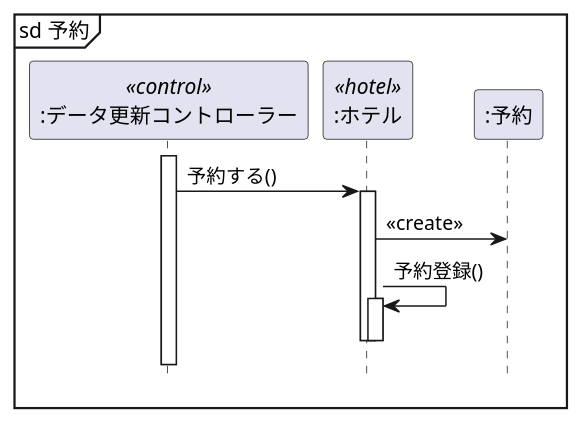
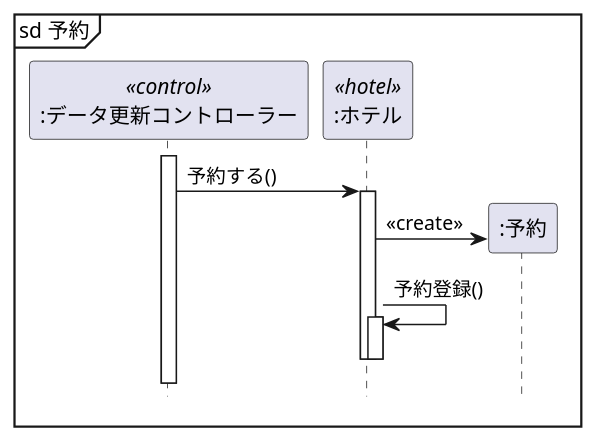
One commit to useruser0123/uml-introduction changed the diagram in 演習4-3_SD_データ更新コントローラとホテルと予約.pu. Above: the diagram before and after it, drawn with PlantUML.

Commit message:
演習４－３

```diff
--- a/演習4-3_SD_データ更新コントローラとホテルと予約.pu
+++ b/演習4-3_SD_データ更新コントローラとホテルと予約.pu
@@ -1,18 +1,18 @@
 @startuml
 hide footbox
 mainframe sd 予約
 participant ":データ更新コントローラー" as controller <<control>>
 participant ":ホテル" as operation <<hotel>>
-participant ":予約" as reserve
 
     activate controller
         controller -> operation : 予約する()
             activate operation
+            create ":予約" as reserve
                 operation -> reserve : <<create>>
                    
                 operation -> operation : 予約登録()
                     activate operation
                     deactivate operation
             deactivate operation
 
 @enduml
```
